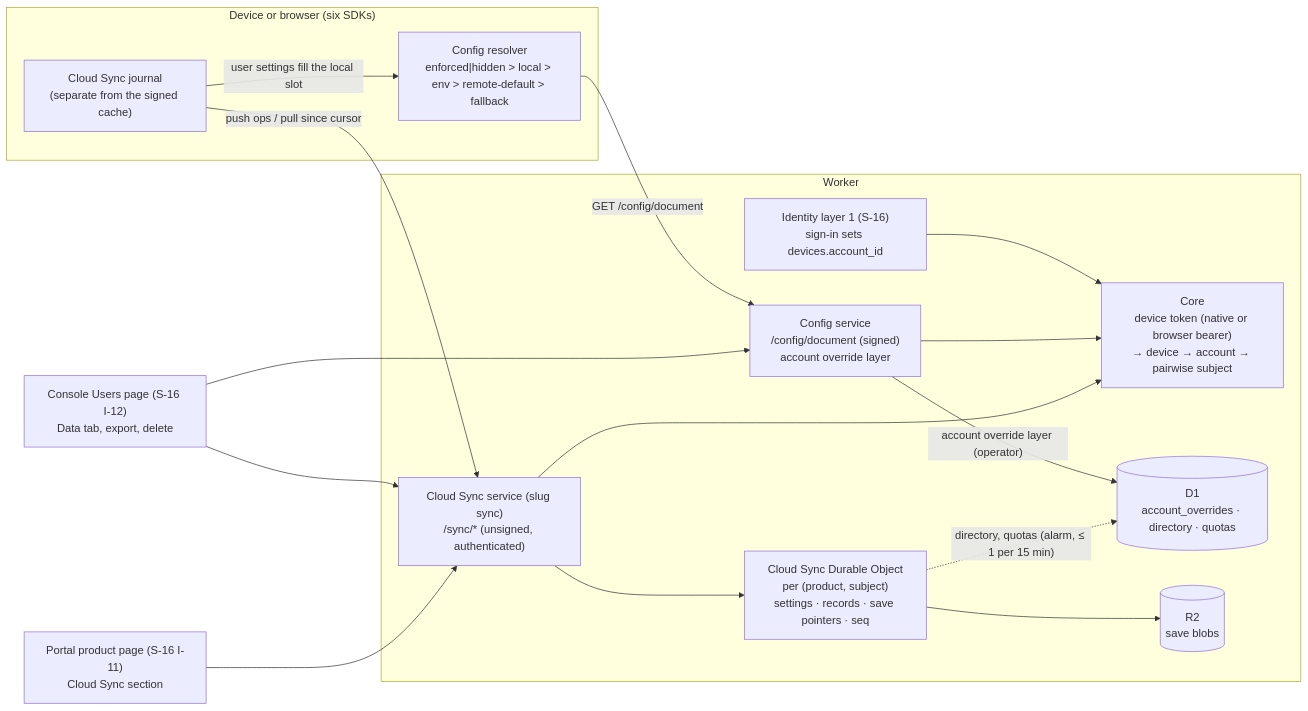
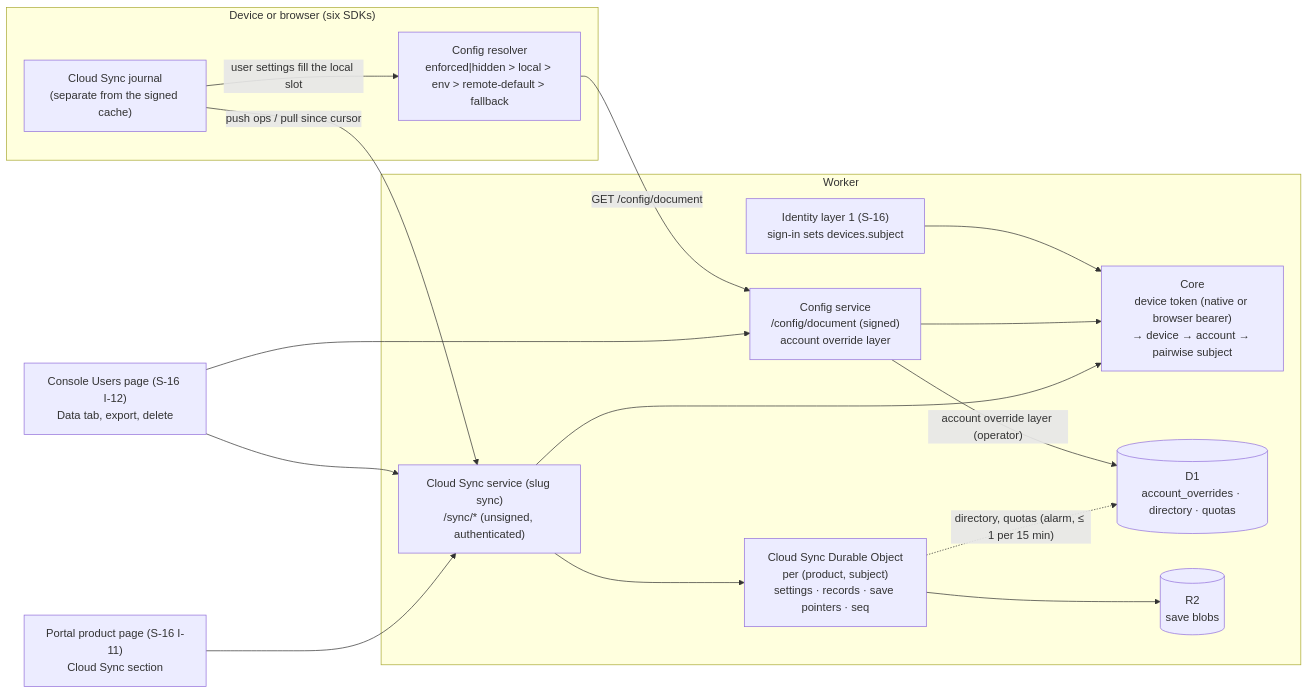
One commit to vladzaharia/polaris-key changed the diagram in docs/research/2026-09-29-godot-omniplatform/notes/S-17-user-data-sync.md. Above: the diagram before and after it, drawn with Mermaid. The commit also changed other lines of this file, not shown here.

````diff
--- a/docs/research/2026-09-29-godot-omniplatform/notes/S-17-user-data-sync.md
+++ b/docs/research/2026-09-29-godot-omniplatform/notes/S-17-user-data-sync.md
@@ -178,29 +191,29 @@
 ```mermaid
 flowchart LR
   subgraph Device["Device or browser (six SDKs)"]
     R["Config resolver<br/>enforced|hidden > local > env > remote-default > fallback"]
     J["Cloud Sync journal<br/>(separate from the signed cache)"]
     J -- "user settings fill the local slot" --> R
   end
   subgraph Worker["Worker"]
     CORE["Core<br/>device token (native or browser bearer)<br/>→ device → account → pairwise subject"]
     CFG["Config service<br/>/config/document (signed)<br/>account override layer"]
     SYNC["Cloud Sync service (slug sync)<br/>/sync/* (unsigned, authenticated)"]
     UDO["Cloud Sync Durable Object<br/>per (product, subject)<br/>settings · records · save pointers · seq"]
     D1[("D1<br/>account_overrides · directory · quotas")]
     R2[("R2<br/>save blobs")]
-    ID["Identity layer 1 (S-16)<br/>sign-in sets devices.account_id"]
+    ID["Identity layer 1 (S-16)<br/>sign-in sets devices.subject"]
   end
   ID --> CORE
   R -- "GET /config/document" --> CFG
   J -- "push ops / pull since cursor" --> SYNC
   CFG --> CORE
   SYNC --> CORE
   CFG -- "account override layer (operator)" --> D1
   SYNC --> UDO
   UDO --> R2
   UDO -. "directory, quotas (alarm, ≤ 1 per 15 min)" .-> D1
   CON["Console Users page (S-16 I-12)<br/>Data tab, export, delete"] --> SYNC
   CON --> CFG
   POR["Portal product page (S-16 I-11)<br/>Cloud Sync section"] --> SYNC
 ```
````
